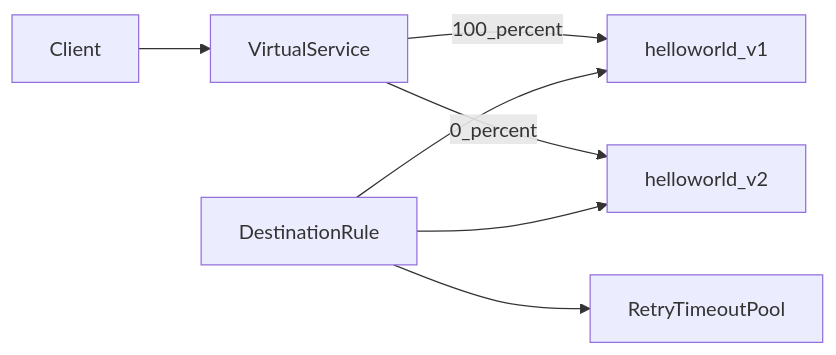
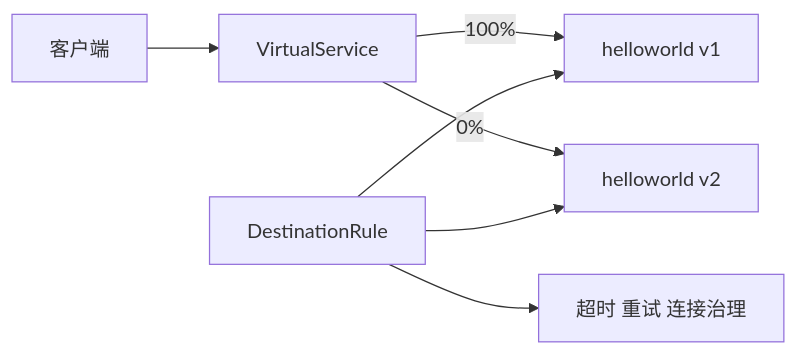
One commit to hwang-protocol/docker_k8s_2026 changed the second of 2 diagrams in k8s/05-security-and-zero-trust/docs/06_apply_traffic_management.md. Above: the diagram before and after it, drawn with Mermaid. The commit also changed other lines of this file and 18 other files, not shown here.

````diff
--- a/k8s/05-security-and-zero-trust/docs/06_apply_traffic_management.md
+++ b/k8s/05-security-and-zero-trust/docs/06_apply_traffic_management.md
@@ -280,10 +289,10 @@
 ```mermaid
 flowchart LR
-    user[Client] --> vs[VirtualService]
-    vs -->|100_percent| v1[helloworld_v1]
-    vs -->|0_percent| v2[helloworld_v2]
+    user[客户端] --> vs[VirtualService]
+    vs -->|100%| v1[helloworld v1]
+    vs -->|0%| v2[helloworld v2]
 
     dr[DestinationRule] --> v1
     dr --> v2
-    dr --> retry[RetryTimeoutPool]
+    dr --> retry[超时 重试 连接治理]
 ```
````
